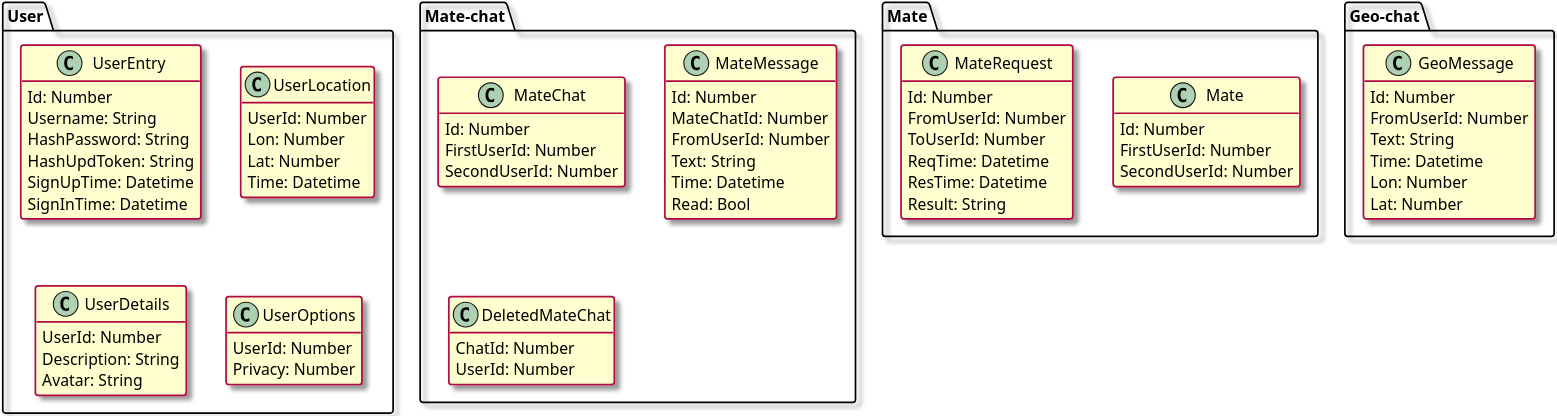
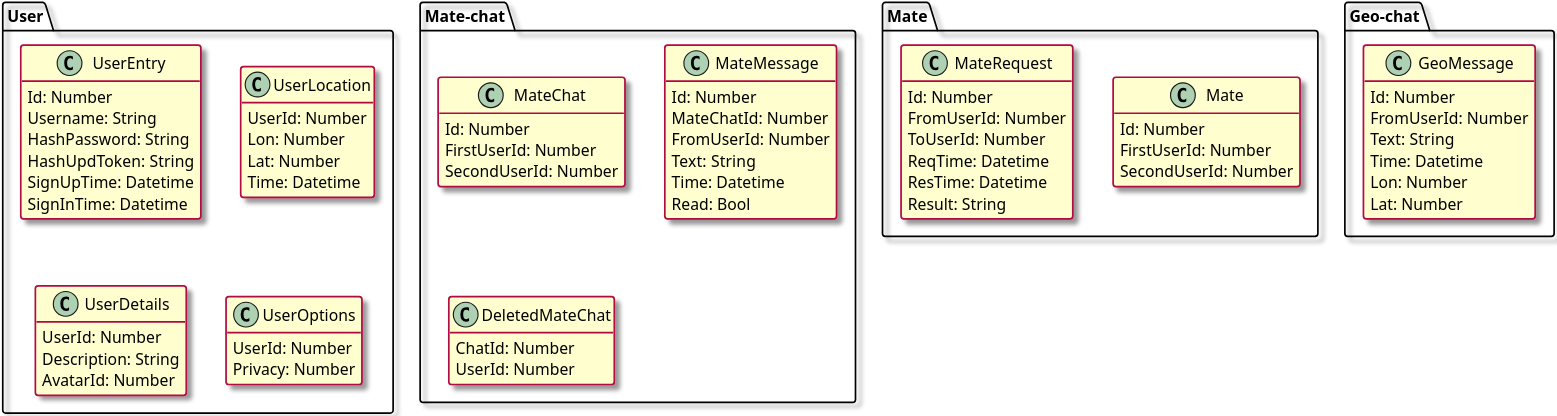
One commit to qubacy/geoqq changed the diagram in general/puml_diagrams/domain/v0/models_p1.wsd. Above: the diagram before and after it, drawn with PlantUML. The commit also changed 2 other files, not shown here.

Commit message:
avatar to avatar id

```diff
--- a/general/puml_diagrams/domain/v0/models_p1.wsd
+++ b/general/puml_diagrams/domain/v0/models_p1.wsd
@@ -1,118 +1,118 @@
 @startuml models_p1
 
 ' `Time` is not part of `Datetime`. This is global level
 ' `Datetime` is `Timestamp` (UTC?)
 
 ' Useful links:
 ' https://stackoverflow.com/questions/14221775/in-postgresql-force-unique-on-combination-of-two-columns
 
 ' -----------------------------------------------
 
 skinparam ArrowThickness 1.25
 skinparam ClassBorderThickness 1.5
 skinparam ClassBackgroundColor #FEFECE
 skinparam ClassBorderColor #B20842
 
 skinparam dpi 400
 skinparam Shadowing true
 
 ' -----------------------------------------------
 
 hide empty methods
 hide empty members
 
 ' models
 ' -----------------------------------------------
 
 package User {
 
 class UserEntry {
     Id: Number
     Username: String
     HashPassword: String
     HashUpdToken: String
     SignUpTime: Datetime
     SignInTime: Datetime
 }
 
 class UserLocation {
     UserId: Number
     Lon: Number
     Lat: Number
     Time: Datetime
 }
 
 class UserDetails {
     UserId: Number
     Description: String
-    Avatar: String
+    AvatarId: Number
 }
 
 class UserOptions {
     UserId: Number
     Privacy: Number
 }
 
 }
 
 package Mate {
 
 class Mate {
     Id: Number
     FirstUserId: Number
     SecondUserId: Number
 }
 ' When deleted, a new one-way request is added
 
 class MateRequest {
     Id: Number
     FromUserId: Number
     ToUserId: Number
     ReqTime: Datetime
     ResTime: Datetime
     Result: String
 }
 ' Cron to remove some requests
 
 }
 
 package Mate-chat {
 
 class MateChat {
     Id: Number
     FirstUserId: Number
     SecondUserId: Number
 }
 ' Created when created friendship
 ' Hidden for user who deleted chat
 
 class MateMessage {
     Id: Number
     MateChatId: Number
     FromUserId: Number
     Text: String
     Time: Datetime
     Read: Bool
 }
 
 class DeletedMateChat {
     ChatId: Number
     UserId: Number
 }
 
 }
 
 package Geo-chat {
 
 class GeoMessage {
     Id: Number
     FromUserId: Number
     Text: String
     Time: Datetime
     Lon: Number
     Lat: Number
 }
 
 }
 
 @enduml
```
